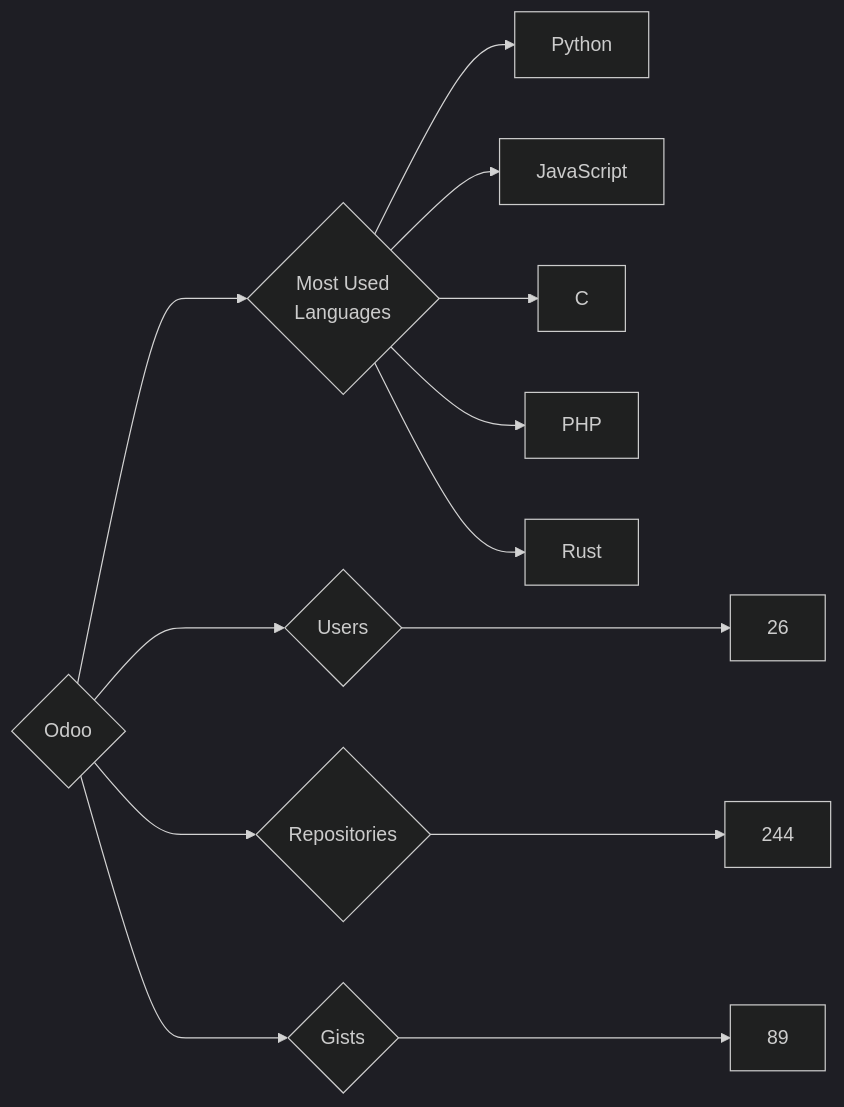
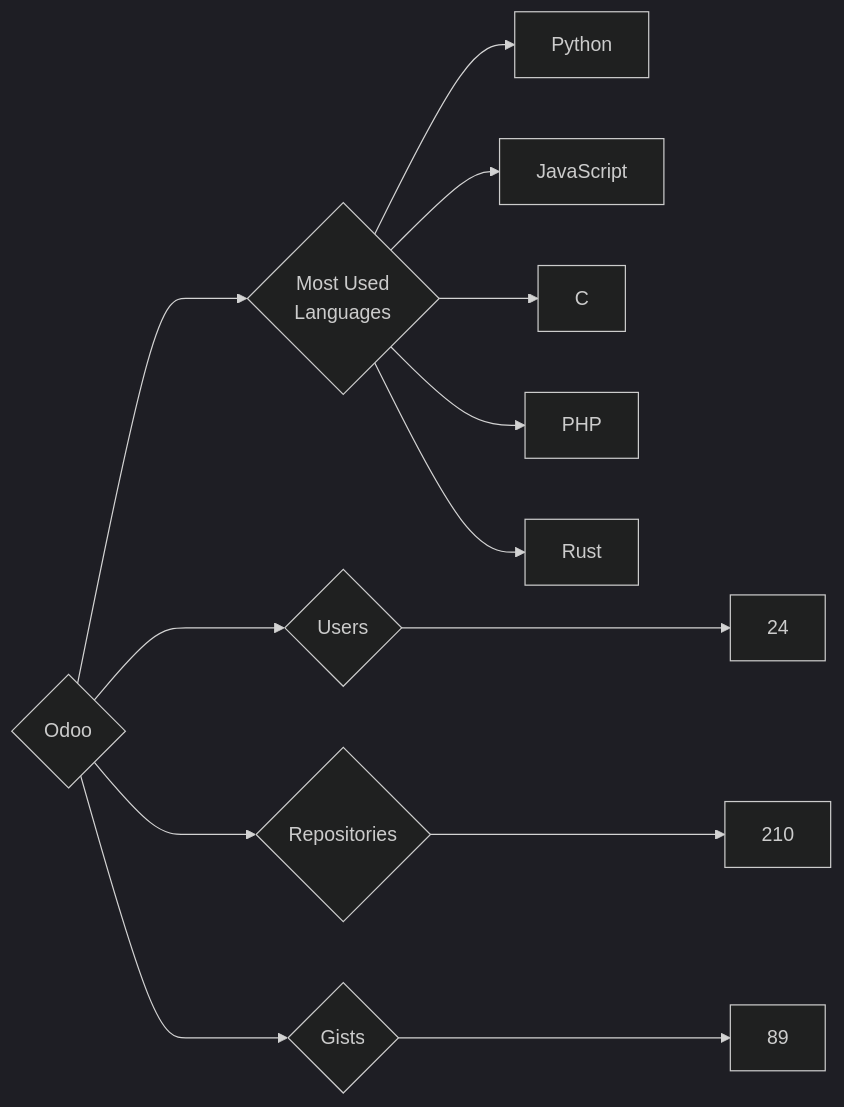
One commit to trickest/insiders changed the diagram in targets/Odoo/README.md. Above: the diagram before and after it, drawn with Mermaid (dark theme). The commit also changed 953 other files, not shown here.

````diff
--- a/targets/Odoo/README.md
+++ b/targets/Odoo/README.md
@@ -3,13 +3,13 @@
 ```mermaid
 graph LR
 COMPANY_NAME{Odoo}
-COMPANY_NAME ---> U{Users} ---> UN[26]
-COMPANY_NAME ---> R{Repositories} ---> RN[244]
+COMPANY_NAME ---> U{Users} ---> UN[24]
+COMPANY_NAME ---> R{Repositories} ---> RN[210]
 COMPANY_NAME ---> G{Gists} ---> GN[89]
 COMPANY_NAME ---> ML{Most Used<br>Languages}
 ML --> Python[Python]
 ML --> JavaScript[JavaScript]
 ML --> C[C]
 ML --> PHP[PHP]
 ML --> Rust[Rust]
 ```
````
